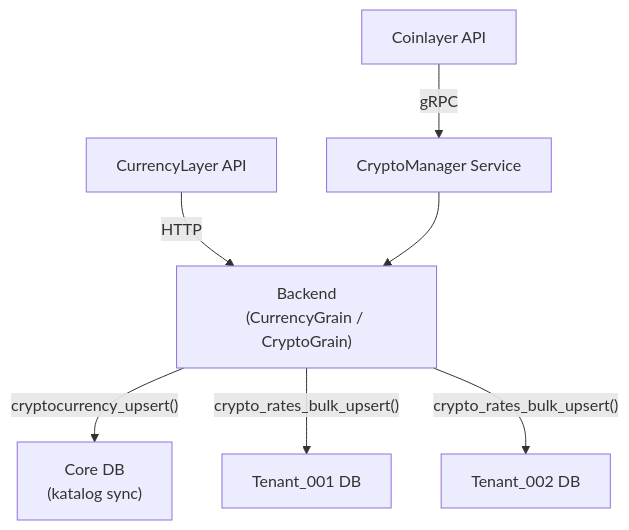
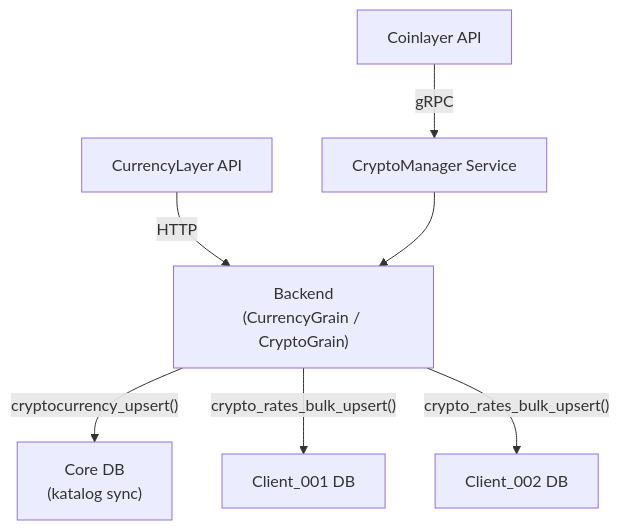
The third of 5 diagrams in .docs/reference/PROJECT_OVERVIEW.md (frhtshn/One.DB), drawn with Mermaid before and after one commit. The commit also changed other lines of this file and 442 other files, not shown here.

First line of the commit message:
Nucleo → Sortis One ve tenant → client içerik güncellemeleri

````diff
--- a/.docs/reference/PROJECT_OVERVIEW.md
+++ b/.docs/reference/PROJECT_OVERVIEW.md
@@ -249,9 +247,9 @@
 ```mermaid
 flowchart TD
     CL["Coinlayer API"] -- "gRPC" --> CM["CryptoManager Service"]
     CU["CurrencyLayer API"] -- "HTTP" --> BE["Backend<br/>(CurrencyGrain / CryptoGrain)"]
     CM --> BE
     BE -- "cryptocurrency_upsert()" --> Core["Core DB<br/>(katalog sync)"]
-    BE -- "crypto_rates_bulk_upsert()" --> T1["Tenant_001 DB"]
-    BE -- "crypto_rates_bulk_upsert()" --> T2["Tenant_002 DB"]
+    BE -- "crypto_rates_bulk_upsert()" --> T1["Client_001 DB"]
+    BE -- "crypto_rates_bulk_upsert()" --> T2["Client_002 DB"]
 ```
````
